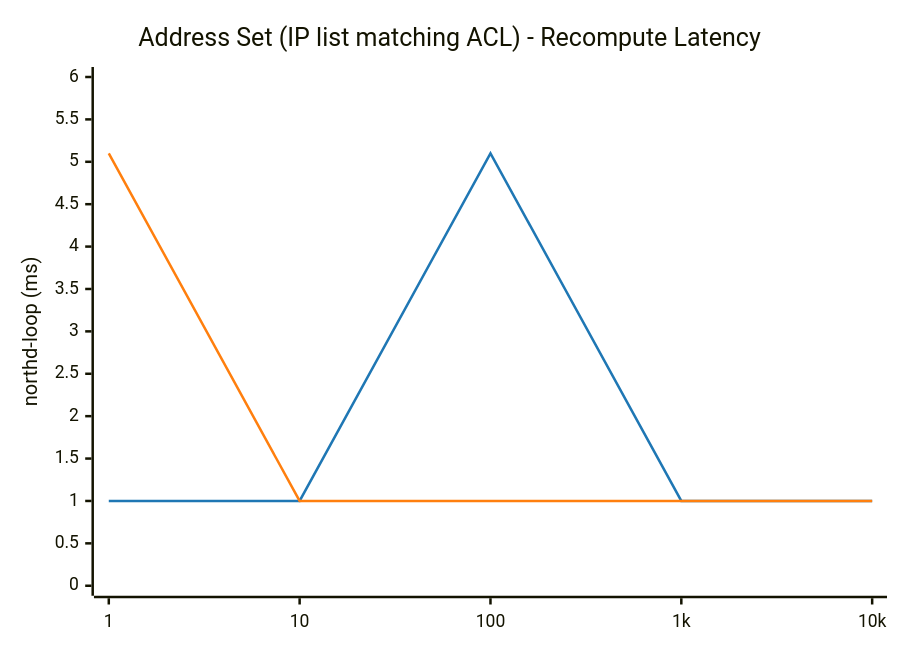
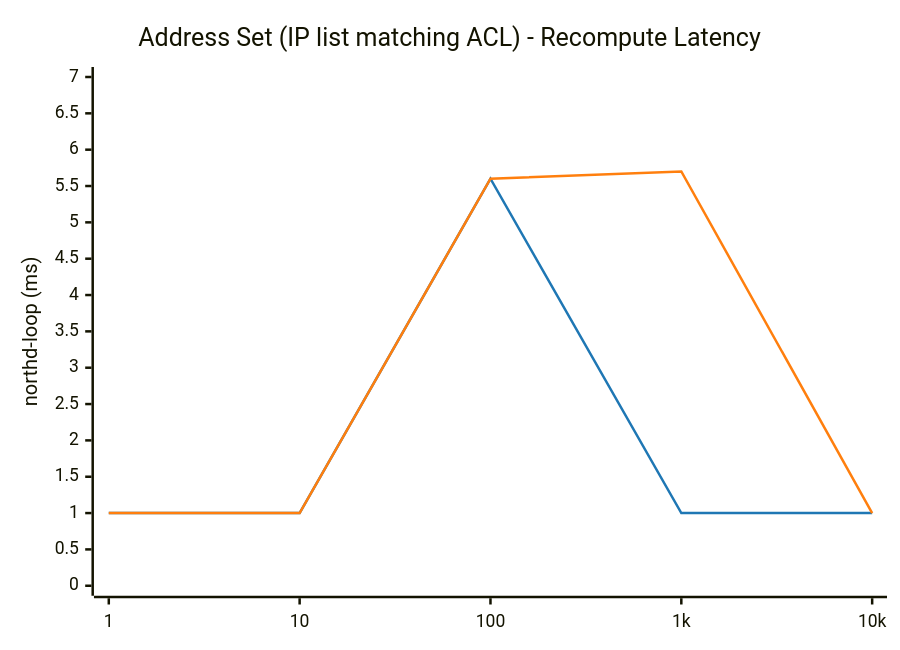
Before and after one commit to LionelJouin/ovs-ovn-bench: the fifth of 14 diagrams in results/BENCHMARK_REPORT.md, drawn with Mermaid. The commit also changed other lines of this file and 4 other files, not shown here.

````diff
--- a/results/BENCHMARK_REPORT.md
+++ b/results/BENCHMARK_REPORT.md
@@ -271,14 +277,14 @@
 ```mermaid
 ---
 config:
     themeVariables:
         xyChart:
             plotColorPalette: "#1f77b4, #ff7f0e"
 ---
 xychart-beta
     title "Address Set (IP list matching ACL) - Recompute Latency"
     x-axis ["1", "10", "100", "1k", "10k"]
-    y-axis "northd-loop (ms)" 0 --> 6
-    line "glibc malloc" [1.0, 1.0, 5.1, 1.0, 1.0]
-    line "jemalloc" [5.1, 1.0, 1.0, 1.0, 1.0]
+    y-axis "northd-loop (ms)" 0 --> 7
+    line "glibc malloc" [1.0, 1.0, 5.6, 1.0, 1.0]
+    line "jemalloc" [1.0, 1.0, 5.6, 5.7, 1.0]
 ```
````
